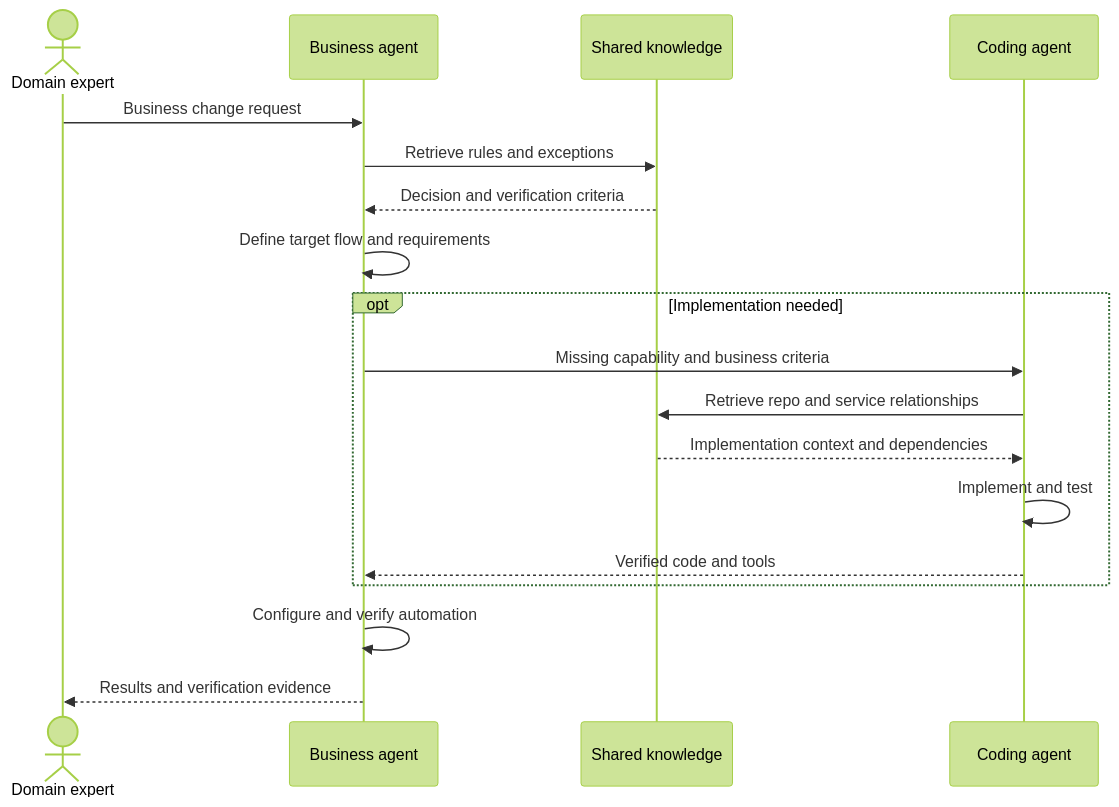
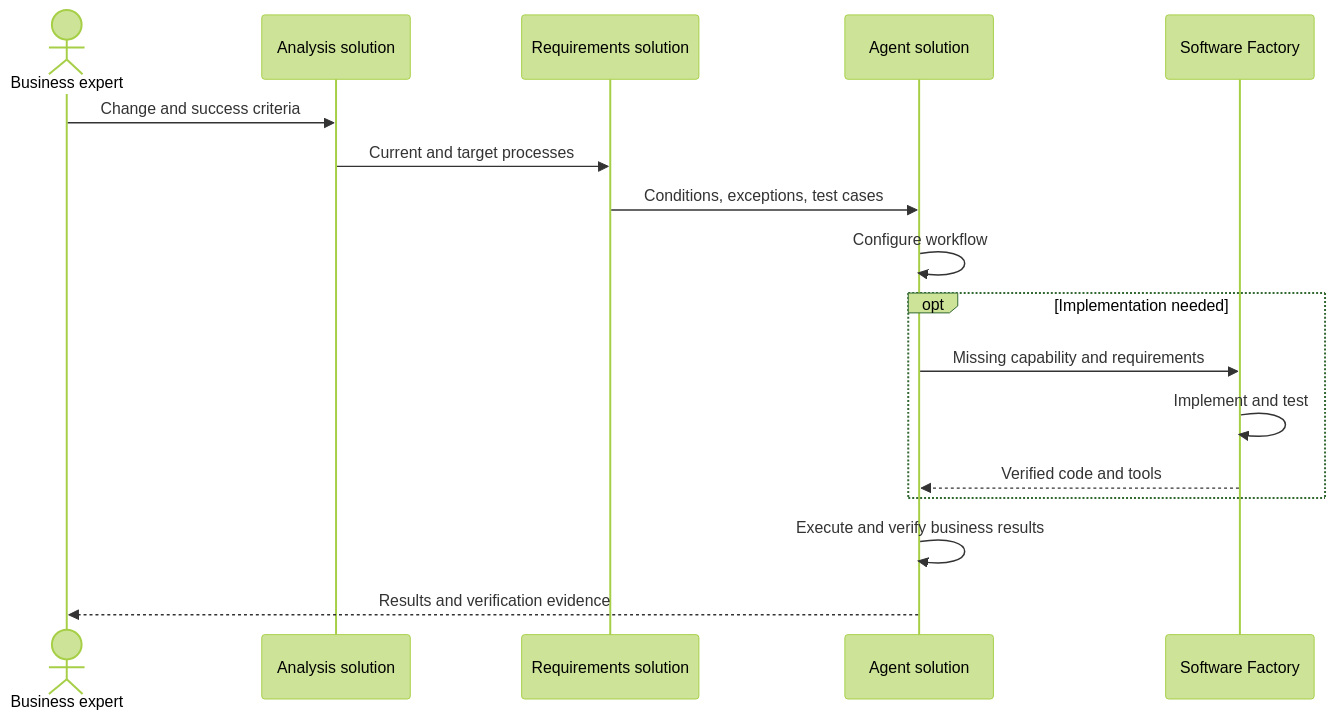
Before and after one commit to haandol/haandol.github.com: the fifth of 6 diagrams in _en/2026-11-05-enterprise-wide-ax-essentials.md, drawn with Mermaid (forest theme). The commit also changed other lines of this file and 5 other files, not shown here.

````diff
--- a/_en/2026-11-05-enterprise-wide-ax-essentials.md
+++ b/_en/2026-11-05-enterprise-wide-ax-essentials.md
@@ -271,20 +249,19 @@
 ```mermaid
 sequenceDiagram
-  actor O as Domain expert
-  participant B as Business agent
-  participant K as Shared knowledge
-  participant C as Coding agent
-  O->>B: Business change request
-  B->>K: Retrieve rules and exceptions
-  K-->>B: Decision and verification criteria
-  B->>B: Define target flow and requirements
+  actor O as Business expert
+  participant P as Analysis solution
+  participant R as Requirements solution
+  participant A as Agent solution
+  participant F as Software Factory
+  O->>P: Change and success criteria
+  P->>R: Current and target processes
+  R->>A: Conditions, exceptions, test cases
+  A->>A: Configure workflow
   opt Implementation needed
-    B->>C: Missing capability and business criteria
-    C->>K: Retrieve repo and service relationships
-    K-->>C: Implementation context and dependencies
-    C->>C: Implement and test
-    C-->>B: Verified code and tools
+    A->>F: Missing capability and requirements
+    F->>F: Implement and test
+    F-->>A: Verified code and tools
   end
-  B->>B: Configure and verify automation
-  B-->>O: Results and verification evidence
+  A->>A: Execute and verify business results
+  A-->>O: Results and verification evidence
 ```
````
